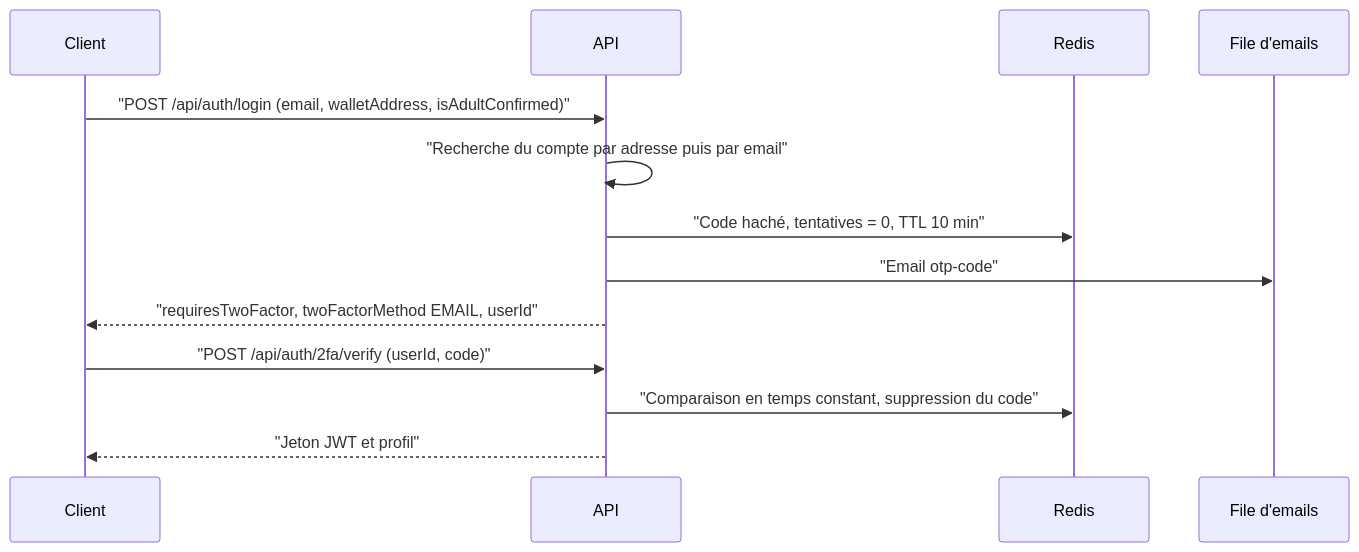
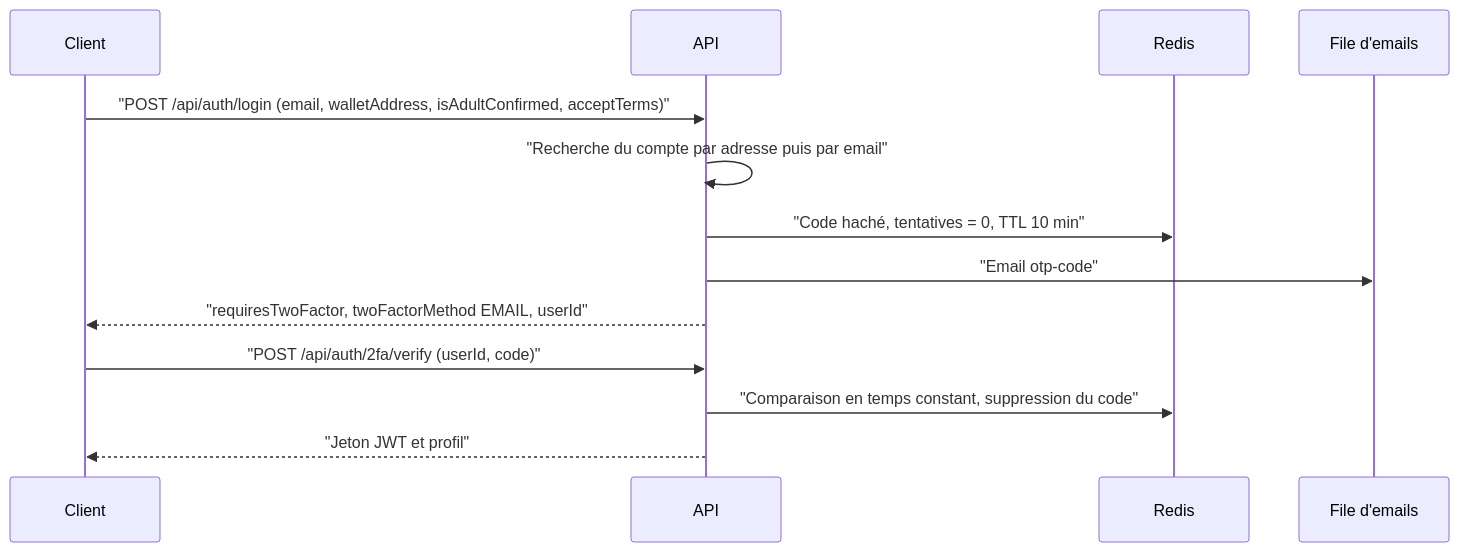
Before and after one commit to MarceauTDML/BlockLucky: the diagram in documentation-officielle/content/securite/authentification.md, drawn with Mermaid. The commit also changed other lines of this file and 402 other files, not shown here.

````diff
--- a/documentation-officielle/content/securite/authentification.md
+++ b/documentation-officielle/content/securite/authentification.md
@@ -134,15 +134,15 @@
 ```mermaid
 sequenceDiagram
     participant C as Client
     participant A as API
     participant R as Redis
     participant M as File d'emails
-    C->>A: "POST /api/auth/login (email, walletAddress, isAdultConfirmed)"
+    C->>A: "POST /api/auth/login (email, walletAddress, isAdultConfirmed, acceptTerms)"
     A->>A: "Recherche du compte par adresse puis par email"
     A->>R: "Code haché, tentatives = 0, TTL 10 min"
     A->>M: "Email otp-code"
     A-->>C: "requiresTwoFactor, twoFactorMethod EMAIL, userId"
     C->>A: "POST /api/auth/2fa/verify (userId, code)"
     A->>R: "Comparaison en temps constant, suppression du code"
     A-->>C: "Jeton JWT et profil"
 ```
````
